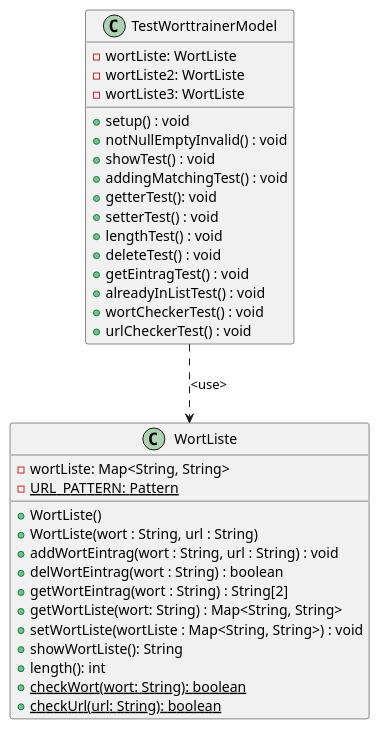
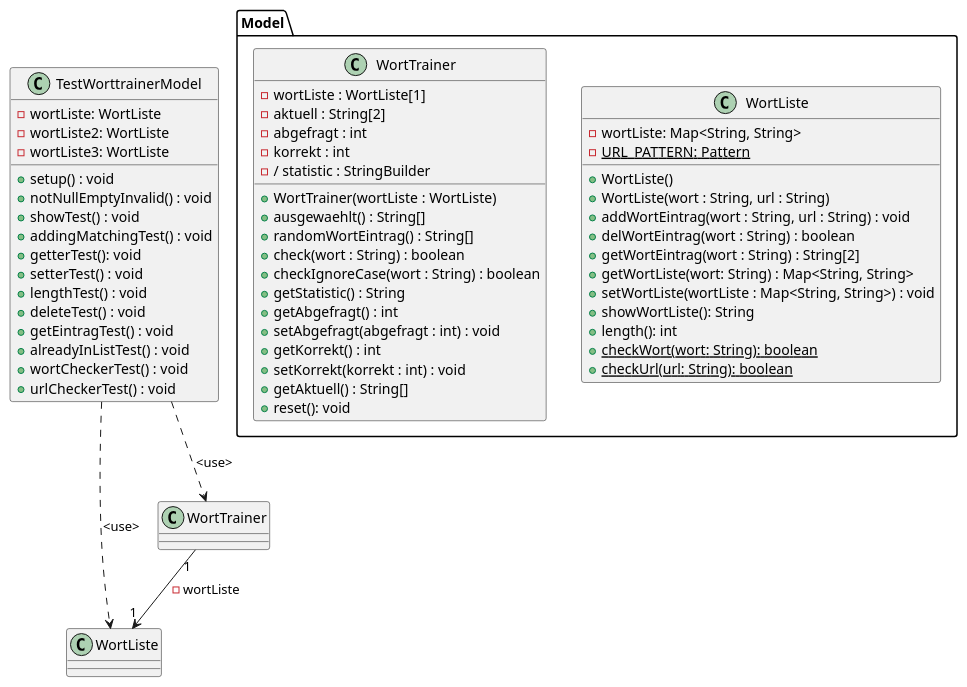
Before and after one commit to TGM-HIT/sew9-2425-worttrainer-Batscho: the diagram in build/resources/main/Worttrainer Reloaded.puml, drawn with PlantUML. The commit also changed 18 other files, not shown here.

Commit message:
[GK] Worttrainer Reloaded Commit 28: Es wurde auch noch schnell das UML angepasst, die reset-Methode geschrieben, sowie die Zugriffsmethode für den aktuellen Eintrag codiert.

```diff
--- a/build/resources/main/Worttrainer Reloaded.puml
+++ b/build/resources/main/Worttrainer Reloaded.puml
@@ -1,40 +1,65 @@
 @startuml
 'https://plantuml.com/class-diagram
 
 TestWorttrainerModel ..> WortListe : <use>
+TestWorttrainerModel ..> WortTrainer : <use>
+WortTrainer "1" --> "1" WortListe : - wortListe
 
+package Model {
 class WortListe {
 - wortListe: Map<String, String>
 - {static} URL_PATTERN: Pattern
 + WortListe()
 + WortListe(wort : String, url : String)
 + addWortEintrag(wort : String, url : String) : void
 + delWortEintrag(wort : String) : boolean
 + getWortEintrag(wort : String) : String[2]
 + getWortListe(wort: String) : Map<String, String>
 + setWortListe(wortListe : Map<String, String>) : void
 + showWortListe(): String
 + length(): int
 + {static} checkWort(wort: String): boolean
 + {static} checkUrl(url: String): boolean
 }
+
+class WortTrainer {
+- wortListe : WortListe[1]
+- aktuell : String[2]
+- abgefragt : int
+- korrekt : int
+- / statistic : StringBuilder
++ WortTrainer(wortListe : WortListe)
++ ausgewaehlt() : String[]
++ randomWortEintrag() : String[]
++ check(wort : String) : boolean
++ checkIgnoreCase(wort : String) : boolean
++ getStatistic() : String
++ getAbgefragt() : int
++ setAbgefragt(abgefragt : int) : void
++ getKorrekt() : int
++ setKorrekt(korrekt : int) : void
++ getAktuell() : String[]
++ reset(): void
+}
+}
+
 
 class TestWorttrainerModel {
 - wortListe: WortListe
 - wortListe2: WortListe
 - wortListe3: WortListe
 + setup() : void
 + notNullEmptyInvalid() : void
 + showTest() : void
 + addingMatchingTest() : void
 + getterTest(): void
 + setterTest() : void
 + lengthTest() : void
 + deleteTest() : void
 + getEintragTest() : void
 + alreadyInListTest() : void
 + wortCheckerTest() : void
 + urlCheckerTest() : void
 }
 
 @enduml
```
